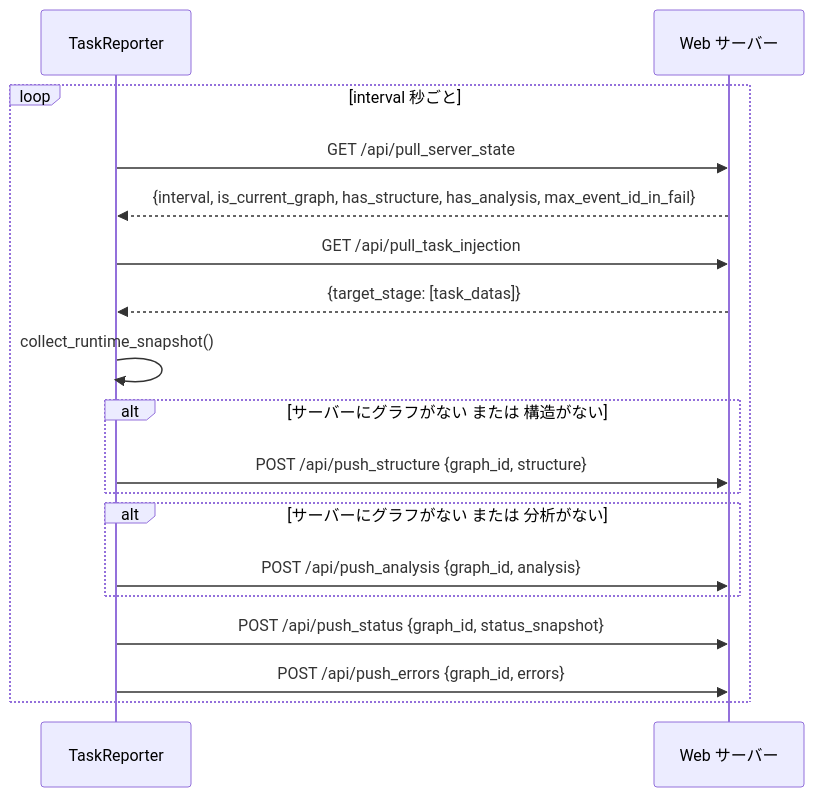
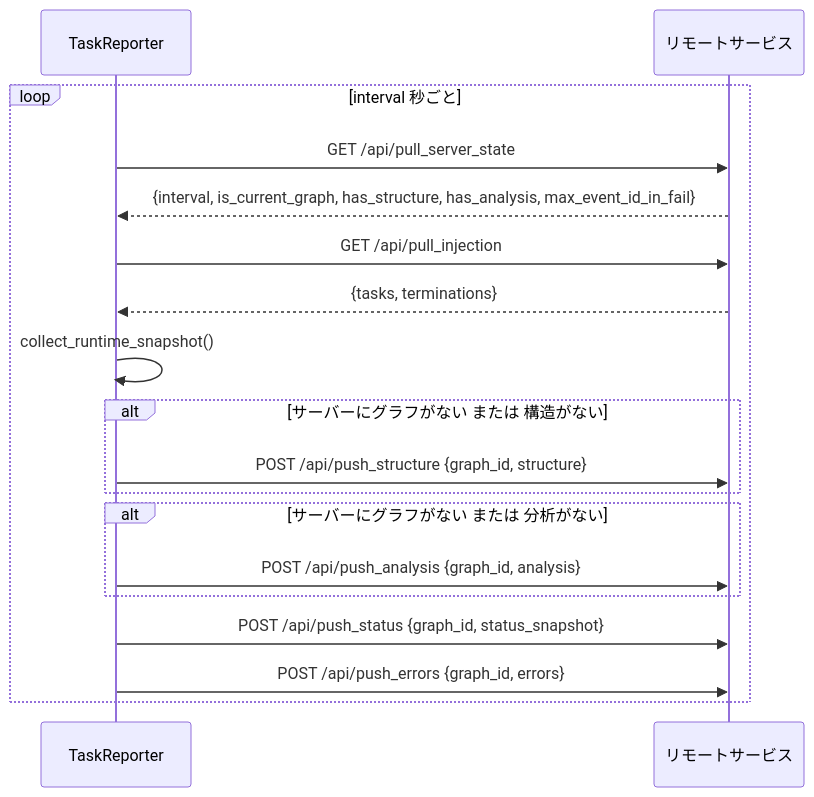
The diagram in docs/ja/src/observability/core_report.md (Mr-xiaotian/CelestialFlow), drawn with Mermaid before and after one commit. The commit also changed other lines of this file and 233 other files, not shown here.

````diff
--- a/docs/ja/src/observability/core_report.md
+++ b/docs/ja/src/observability/core_report.md
@@ -57,25 +55,25 @@
 ```mermaid
 sequenceDiagram
     participant R as TaskReporter
-    participant S as Web サーバー
+    participant S as リモートサービス
 
     loop interval 秒ごと
         R->>S: GET /api/pull_server_state
         S-->>R: {interval, is_current_graph, has_structure, has_analysis, max_event_id_in_fail}
 
-        R->>S: GET /api/pull_task_injection
-        S-->>R: {target_stage: [task_datas]}
+        R->>S: GET /api/pull_injection
+        S-->>R: {tasks, terminations}
 
         R->>R: collect_runtime_snapshot()
 
         alt サーバーにグラフがない または 構造がない
             R->>S: POST /api/push_structure {graph_id, structure}
         end
         alt サーバーにグラフがない または 分析がない
             R->>S: POST /api/push_analysis {graph_id, analysis}
         end
 
         R->>S: POST /api/push_status {graph_id, status_snapshot}
         R->>S: POST /api/push_errors {graph_id, errors}
     end
 ```
````
